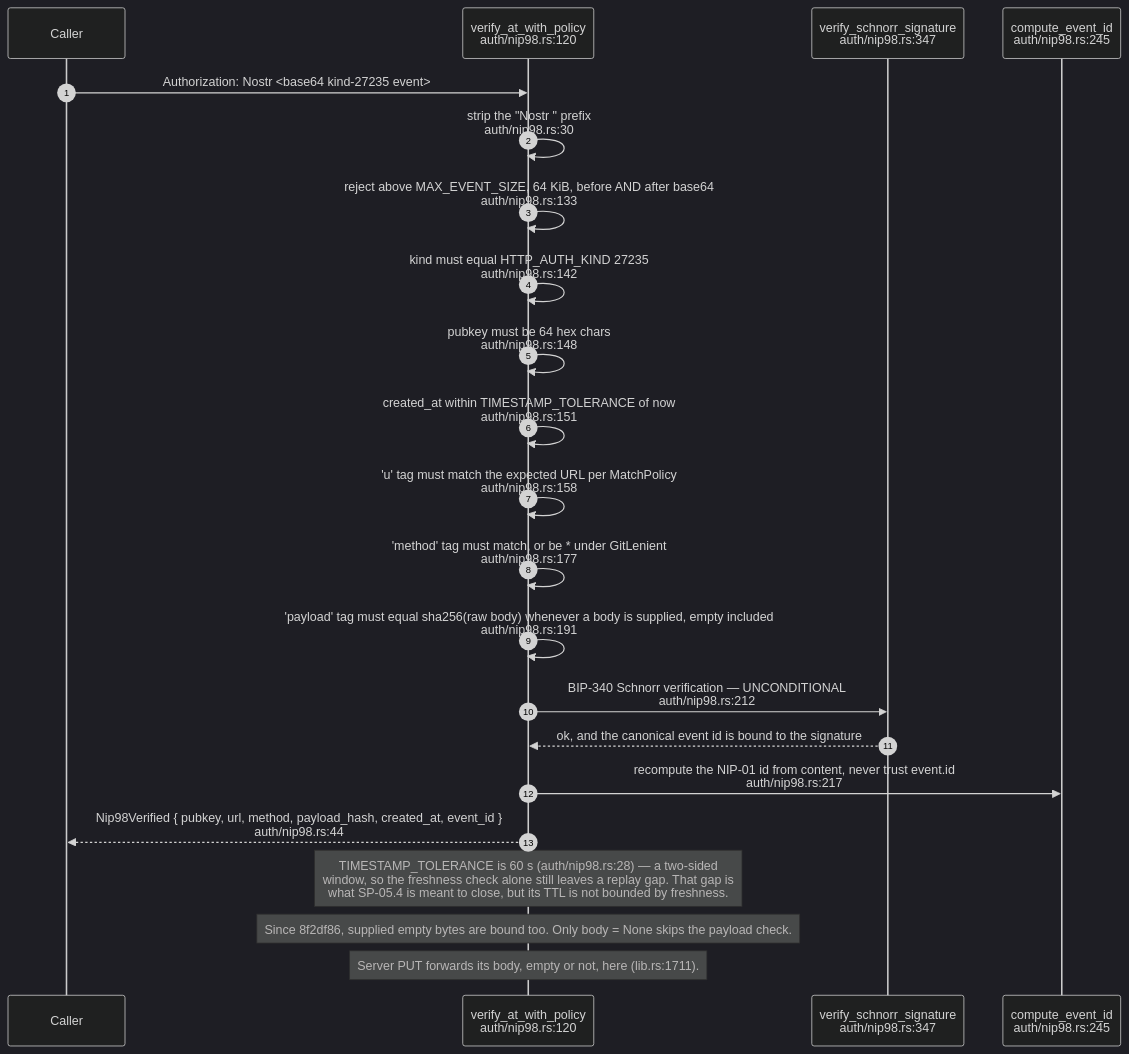
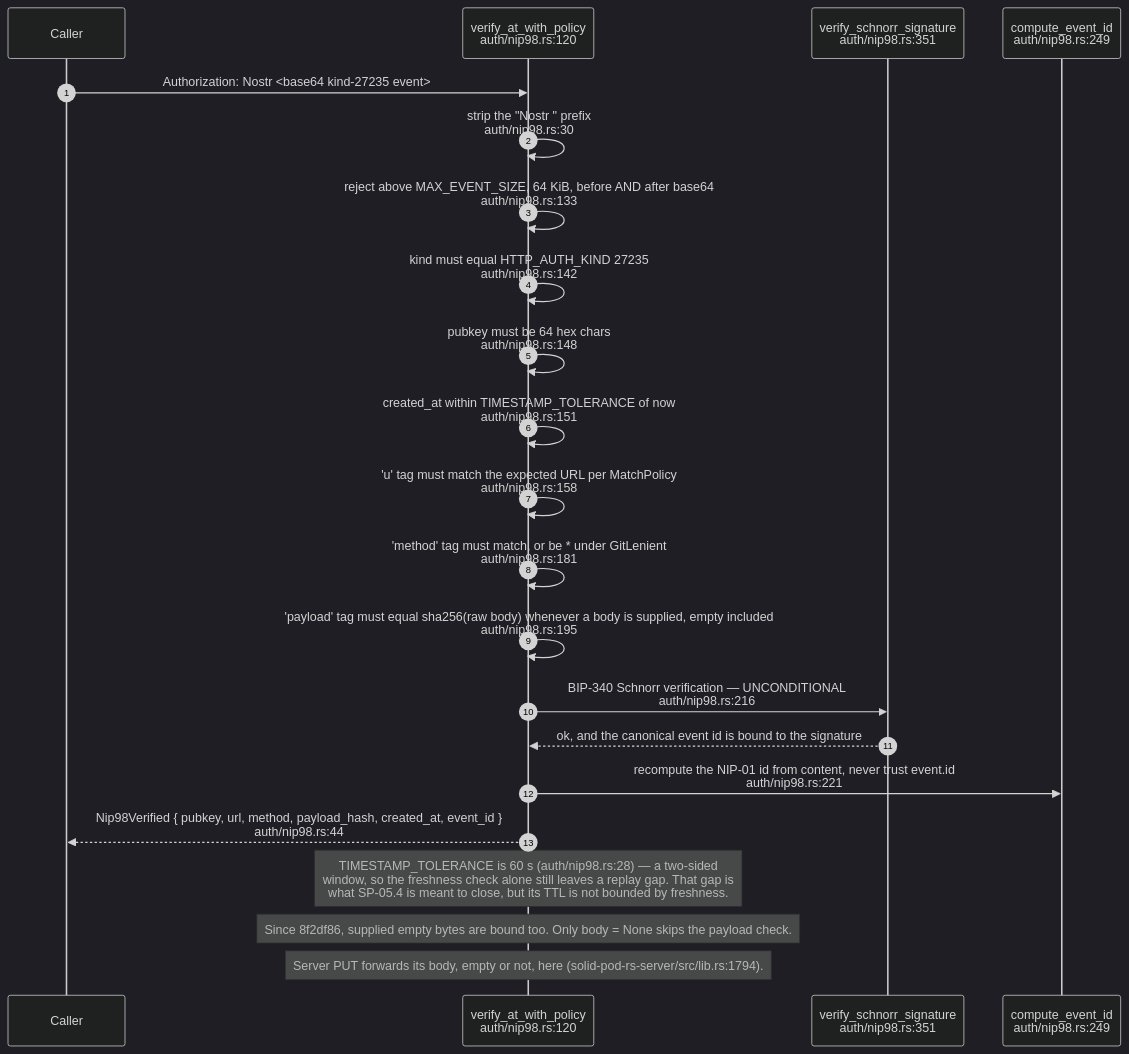
The second of 18 diagrams in docs/diagrams/solid-pod-rs/05-identity-nip98-did-oidc.md (DreamLab-AI/VisionFlow), drawn with Mermaid (dark theme) before and after one commit. The commit also changed other lines of this file and 59 other files, not shown here.

First line of the commit message:
docs(diagrams): re-derive and re-stamp forum, website, pod, ontomark and sealmap topics

````diff
--- a/docs/diagrams/solid-pod-rs/05-identity-nip98-did-oidc.md
+++ b/docs/diagrams/solid-pod-rs/05-identity-nip98-did-oidc.md
@@ -87,25 +91,25 @@
 ```mermaid
 sequenceDiagram
     autonumber
     participant C as Caller
     participant V as verify_at_with_policy<br/>auth/nip98.rs:120
-    participant S as verify_schnorr_signature<br/>auth/nip98.rs:347
-    participant ID as compute_event_id<br/>auth/nip98.rs:245
+    participant S as verify_schnorr_signature<br/>auth/nip98.rs:351
+    participant ID as compute_event_id<br/>auth/nip98.rs:249
 
     C->>V: Authorization: Nostr <base64 kind-27235 event>
     V->>V: strip the "Nostr " prefix<br/>auth/nip98.rs:30
     V->>V: reject above MAX_EVENT_SIZE, 64 KiB, before AND after base64<br/>auth/nip98.rs:133
     V->>V: kind must equal HTTP_AUTH_KIND 27235<br/>auth/nip98.rs:142
     V->>V: pubkey must be 64 hex chars<br/>auth/nip98.rs:148
     V->>V: created_at within TIMESTAMP_TOLERANCE of now<br/>auth/nip98.rs:151
     V->>V: 'u' tag must match the expected URL per MatchPolicy<br/>auth/nip98.rs:158
-    V->>V: 'method' tag must match, or be * under GitLenient<br/>auth/nip98.rs:177
-    V->>V: 'payload' tag must equal sha256(raw body) whenever a body is supplied, empty included<br/>auth/nip98.rs:191
-    V->>S: BIP-340 Schnorr verification — UNCONDITIONAL<br/>auth/nip98.rs:212
+    V->>V: 'method' tag must match, or be * under GitLenient<br/>auth/nip98.rs:181
+    V->>V: 'payload' tag must equal sha256(raw body) whenever a body is supplied, empty included<br/>auth/nip98.rs:195
+    V->>S: BIP-340 Schnorr verification — UNCONDITIONAL<br/>auth/nip98.rs:216
     S-->>V: ok, and the canonical event id is bound to the signature
-    V->>ID: recompute the NIP-01 id from content, never trust event.id<br/>auth/nip98.rs:217
+    V->>ID: recompute the NIP-01 id from content, never trust event.id<br/>auth/nip98.rs:221
     V-->>C: Nip98Verified { pubkey, url, method, payload_hash, created_at, event_id }<br/>auth/nip98.rs:44
     Note over V: TIMESTAMP_TOLERANCE is 60 s (auth/nip98.rs:28) — a two-sided<br/>window, so the freshness check alone still leaves a replay gap. That gap is<br/>what SP-05.4 is meant to close, but its TTL is not bounded by freshness.
     Note over V: Since 8f2df86, supplied empty bytes are bound too. Only body = None skips the payload check.
-    Note over V: Server PUT forwards its body, empty or not, here (lib.rs:1711).
+    Note over V: Server PUT forwards its body, empty or not, here (solid-pod-rs-server/src/lib.rs:1794).
 ```
````
